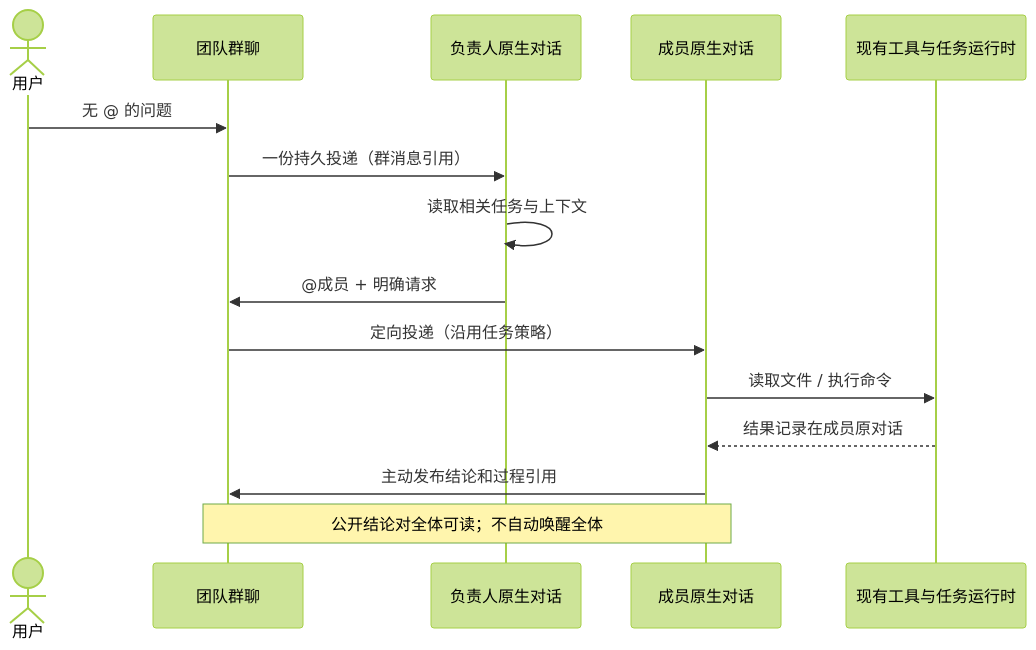
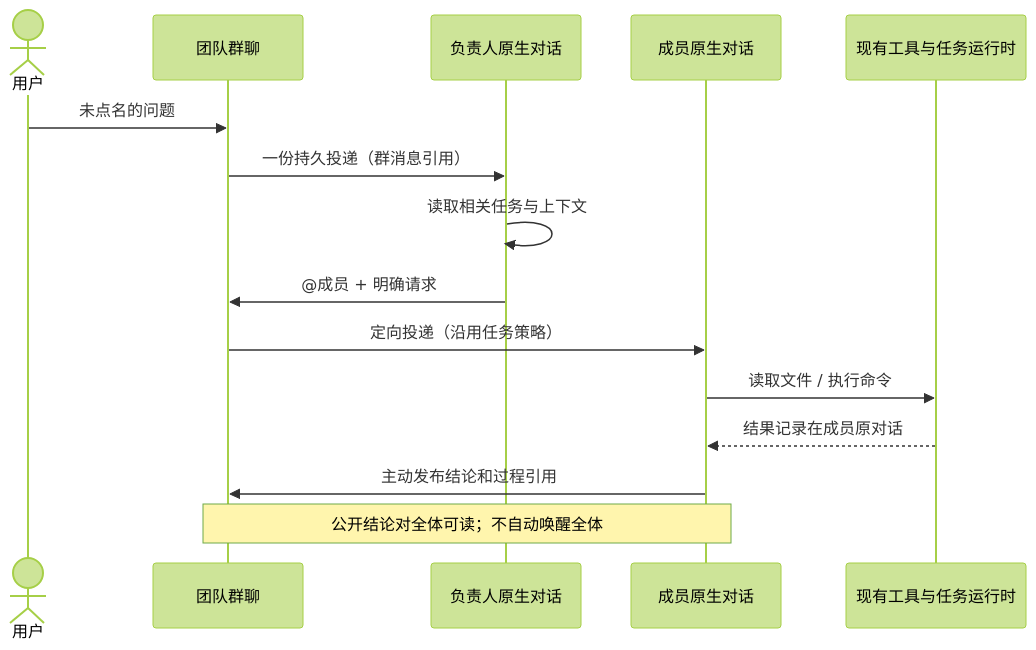
One commit to GuoWWWX/aster-agent changed the diagram in doc/27-任务上下文目录与团队群聊方案及推演.md. Above: the diagram before and after it, drawn with Mermaid (forest theme). The commit also changed other lines of this file and 8 other files, not shown here.

````diff
--- a/doc/27-任务上下文目录与团队群聊方案及推演.md
+++ b/doc/27-任务上下文目录与团队群聊方案及推演.md
@@ -169,17 +170,17 @@
 ```mermaid
 sequenceDiagram
     actor U as 用户
     participant G as 团队群聊
     participant L as 负责人原生对话
     participant W as 成员原生对话
     participant T as 现有工具与任务运行时
-    U->>G: 无 @ 的问题
+    U->>G: 未点名的问题
     G->>L: 一份持久投递（群消息引用）
     L->>L: 读取相关任务与上下文
     L->>G: @成员 + 明确请求
     G->>W: 定向投递（沿用任务策略）
     W->>T: 读取文件 / 执行命令
     T-->>W: 结果记录在成员原对话
     W->>G: 主动发布结论和过程引用
     Note over G,W: 公开结论对全体可读；不自动唤醒全体
 ```
````
